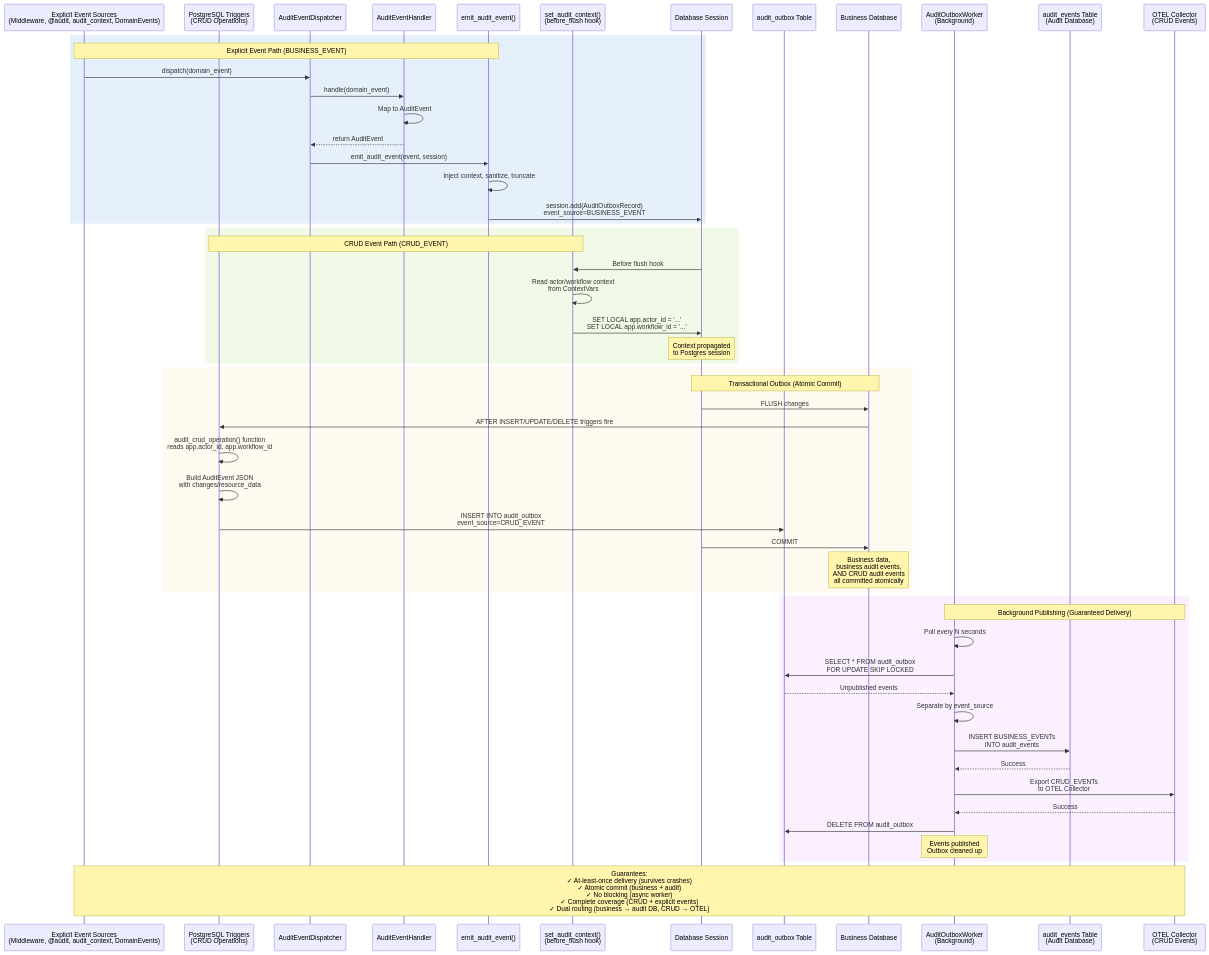
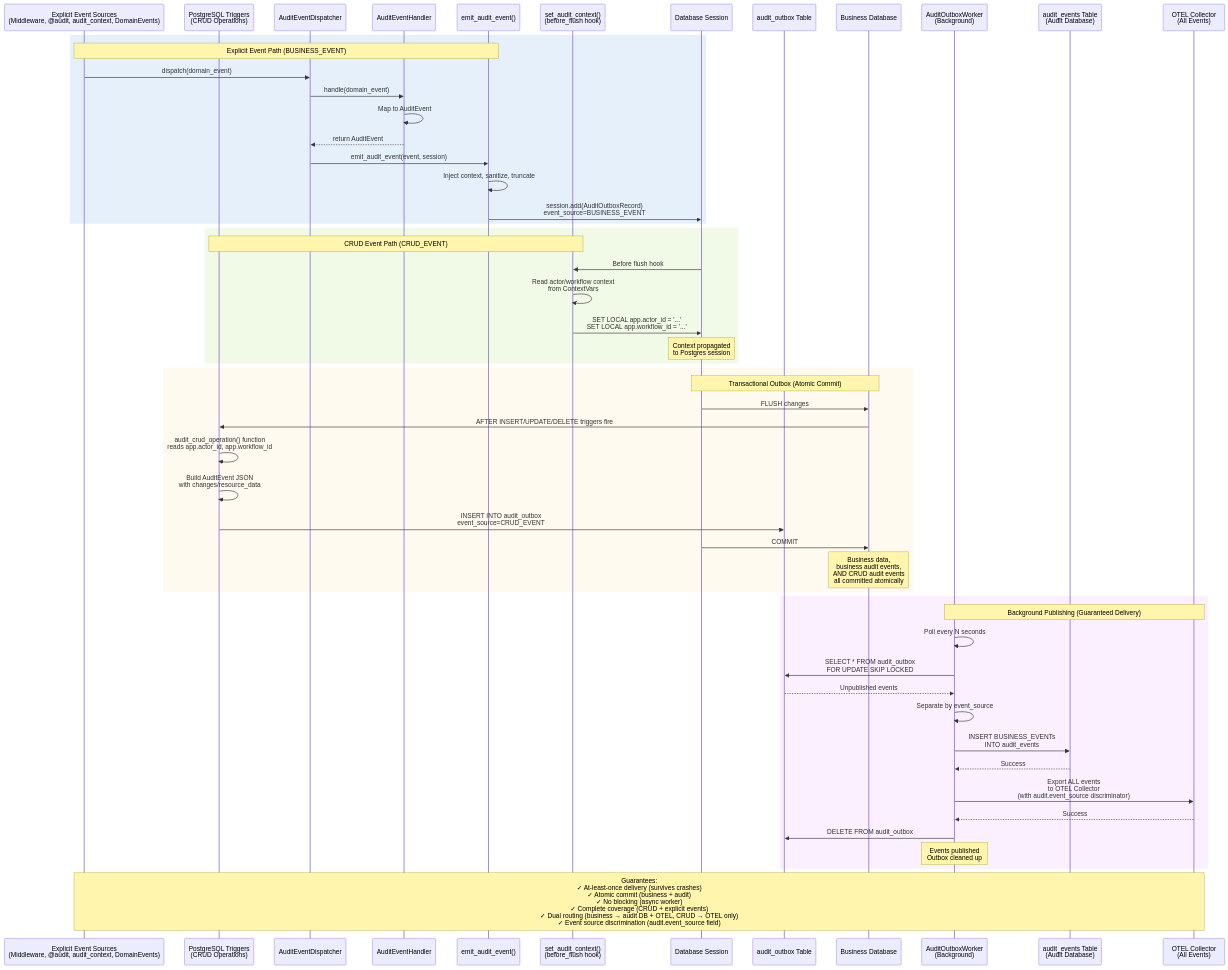
The fourth of 8 diagrams in docs/audit.md (alinabuzachis/syntara), drawn with Mermaid before and after one commit. The commit also changed other lines of this file and 2 other files, not shown here.

Commit message:
feat: AAP-78279: Route all AuditEvents to OTEL collector (#1269)

````diff
--- a/docs/audit.md
+++ b/docs/audit.md
@@ -305,65 +305,65 @@
 ```mermaid
 sequenceDiagram
     participant Source1 as Explicit Event Sources<br/>(Middleware, @audit, audit_context, DomainEvents)
     participant Source2 as PostgreSQL Triggers<br/>(CRUD Operations)
     participant Dispatcher as AuditEventDispatcher
     participant Handler as AuditEventHandler
     participant Emitter as emit_audit_event()
     participant BeforeFlush as set_audit_context()<br/>(before_flush hook)
     participant Session as Database Session
     participant Outbox as audit_outbox Table
     participant BusinessDB as Business Database
     participant Worker as AuditOutboxWorker<br/>(Background)
     participant AuditDB as audit_events Table<br/>(Audit Database)
-    participant OTEL as OTEL Collector<br/>(CRUD Events)
+    participant OTEL as OTEL Collector<br/>(All Events)
 
     rect rgb(230, 240, 250)
         Note over Source1,Emitter: Explicit Event Path (BUSINESS_EVENT)
         Source1->>Dispatcher: dispatch(domain_event)
         Dispatcher->>Handler: handle(domain_event)
         Handler->>Handler: Map to AuditEvent
         Handler-->>Dispatcher: return AuditEvent
         Dispatcher->>Emitter: emit_audit_event(event, session)
         Emitter->>Emitter: Inject context, sanitize, truncate
         Emitter->>Session: session.add(AuditOutboxRecord)<br/>event_source=BUSINESS_EVENT
     end
 
     rect rgb(240, 250, 230)
         Note over Source2,BeforeFlush: CRUD Event Path (CRUD_EVENT)
         Session->>BeforeFlush: Before flush hook
         BeforeFlush->>BeforeFlush: Read actor/workflow context<br/>from ContextVars
         BeforeFlush->>Session: SET LOCAL app.actor_id = '...'<br/>SET LOCAL app.workflow_id = '...'
         Note over Session: Context propagated<br/>to Postgres session
     end
 
     rect rgb(255, 250, 240)
         Note over Session,BusinessDB: Transactional Outbox (Atomic Commit)
         Session->>BusinessDB: FLUSH changes
         BusinessDB->>Source2: AFTER INSERT/UPDATE/DELETE triggers fire
         Source2->>Source2: audit_crud_operation() function<br/>reads app.actor_id, app.workflow_id
         Source2->>Source2: Build AuditEvent JSON<br/>with changes/resource_data
         Source2->>Outbox: INSERT INTO audit_outbox<br/>event_source=CRUD_EVENT
         Session->>BusinessDB: COMMIT
         Note over BusinessDB: Business data,<br/>business audit events,<br/>AND CRUD audit events<br/>all committed atomically
     end
 
     rect rgb(250, 240, 255)
         Note over Worker,OTEL: Background Publishing (Guaranteed Delivery)
         Worker->>Worker: Poll every N seconds
         Worker->>Outbox: SELECT * FROM audit_outbox<br/>FOR UPDATE SKIP LOCKED
         Outbox-->>Worker: Unpublished events
 
         Worker->>Worker: Separate by event_source
 
         Worker->>AuditDB: INSERT BUSINESS_EVENTs<br/>INTO audit_events
         AuditDB-->>Worker: Success
 
-        Worker->>OTEL: Export CRUD_EVENTs<br/>to OTEL Collector
+        Worker->>OTEL: Export ALL events<br/>to OTEL Collector<br/>(with audit.event_source discriminator)
         OTEL-->>Worker: Success
 
         Worker->>Outbox: DELETE FROM audit_outbox
         Note over Worker: Events published<br/>Outbox cleaned up
     end
 
-    Note over Source1,OTEL: Guarantees:<br/>✓ At-least-once delivery (survives crashes)<br/>✓ Atomic commit (business + audit)<br/>✓ No blocking (async worker)<br/>✓ Complete coverage (CRUD + explicit events)<br/>✓ Dual routing (business → audit DB, CRUD → OTEL)
+    Note over Source1,OTEL: Guarantees:<br/>✓ At-least-once delivery (survives crashes)<br/>✓ Atomic commit (business + audit)<br/>✓ No blocking (async worker)<br/>✓ Complete coverage (CRUD + explicit events)<br/>✓ Dual routing (business → audit DB + OTEL, CRUD → OTEL only)<br/>✓ Event source discrimination (audit.event_source field)
 ```
````
